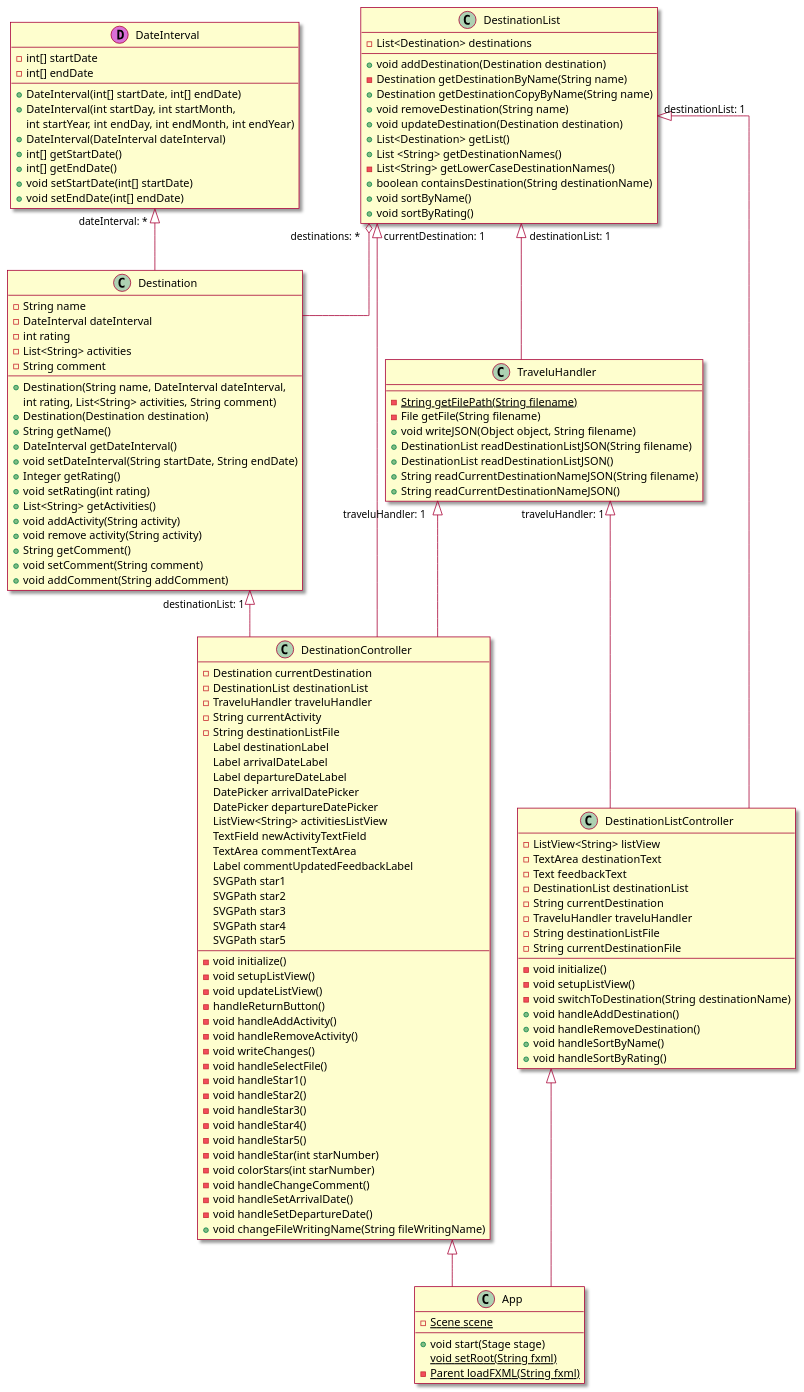
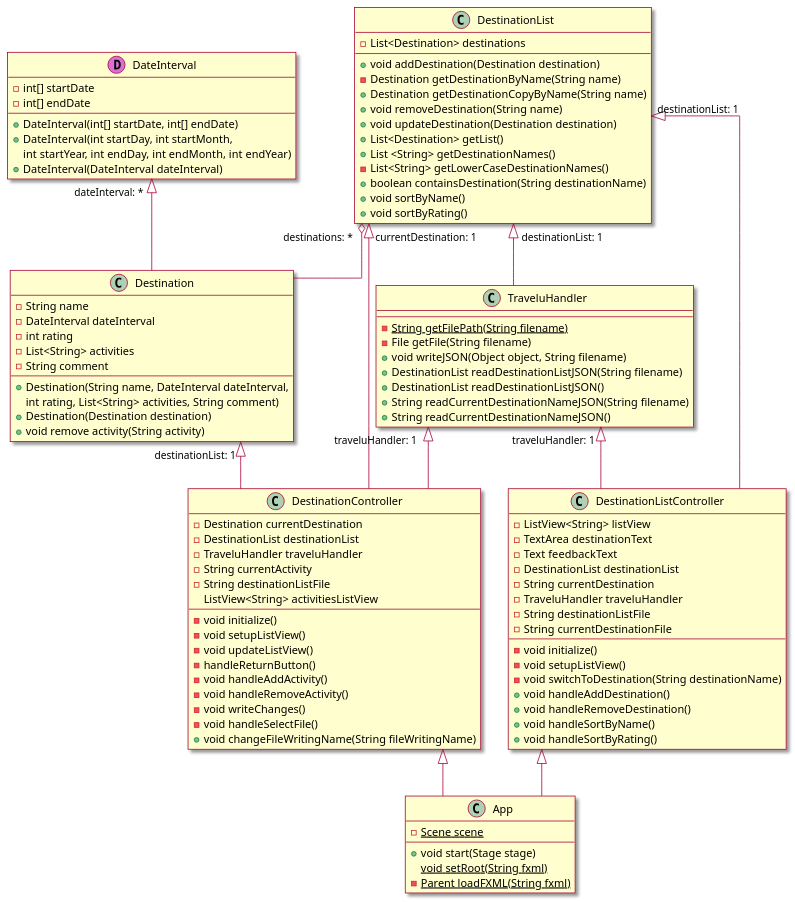
The diagram in docs/classDiagram.plantuml (tbwiik/Travelu), drawn with PlantUML before and after one commit.

Commit message:
docs: keep the most important parts

```diff
--- a/docs/classDiagram.plantuml
+++ b/docs/classDiagram.plantuml
@@ -1,144 +1,107 @@
 @startuml classDiagram
 
 skin rose
 
 class Destination {
     - String name
     - DateInterval dateInterval
     - int rating
     - List<String> activities 
     - String comment
     + Destination(String name, DateInterval dateInterval, 
     int rating, List<String> activities, String comment)
     + Destination(Destination destination)
-    + String getName()
-    + DateInterval getDateInterval()
-    + void setDateInterval(String startDate, String endDate)
-    + Integer getRating()
-    + void setRating(int rating)
-    + List<String> getActivities()
-    + void addActivity(String activity)
     + void remove activity(String activity)
-    + String getComment()
-    + void setComment(String comment)
-    + void addComment(String addComment)
 }
 
 class DestinationList {
     -List<Destination> destinations
     + void addDestination(Destination destination)
     - Destination getDestinationByName(String name)
     + Destination getDestinationCopyByName(String name)
     + void removeDestination(String name)
     + void updateDestination(Destination destination)
     + List<Destination> getList()
     + List <String> getDestinationNames()
     - List<String> getLowerCaseDestinationNames()
     + boolean containsDestination(String destinationName)
     + void sortByName()
     + void sortByRating()
 }
 
 class DateInterval << (D,orchid) >> {
     - int[] startDate
     - int[] endDate
     + DateInterval(int[] startDate, int[] endDate)
     + DateInterval(int startDay, int startMonth, 
     int startYear, int endDay, int endMonth, int endYear)
     + DateInterval(DateInterval dateInterval)
-    + int[] getStartDate()
-    + int[] getEndDate()
-    + void setStartDate(int[] startDate)
-    + void setEndDate(int[] endDate)
 }
 
 class DestinationController {
     - Destination currentDestination
     - DestinationList destinationList
     - TraveluHandler traveluHandler
     - String currentActivity
     - String destinationListFile
-    Label destinationLabel
-    Label arrivalDateLabel
-    Label departureDateLabel
-    DatePicker arrivalDatePicker
-    DatePicker departureDatePicker
     ListView<String> activitiesListView
-    TextField newActivityTextField
-    TextArea commentTextArea
-    Label commentUpdatedFeedbackLabel
-    SVGPath star1 
-    SVGPath star2 
-    SVGPath star3 
-    SVGPath star4 
-    SVGPath star5 
     - void initialize()
     - void setupListView()
     - void updateListView()
     - handleReturnButton()
     - void handleAddActivity()
     - void handleRemoveActivity()
     - void writeChanges()
     - void handleSelectFile()
-    - void handleStar1()
-    - void handleStar2()
-    - void handleStar3()
-    - void handleStar4()
-    - void handleStar5()
-    - void handleStar(int starNumber)
-    - void colorStars(int starNumber)
-    - void handleChangeComment()
-    - void handleSetArrivalDate()
-    - void handleSetDepartureDate()
     + void changeFileWritingName(String fileWritingName)
 } 
 
 class DestinationListController {
     - ListView<String> listView
     - TextArea destinationText
     - Text feedbackText
     - DestinationList destinationList
     - String currentDestination
     - TraveluHandler traveluHandler
     - String destinationListFile
     - String currentDestinationFile
     - void initialize()
     - void setupListView()
     - void switchToDestination(String destinationName)
     + void handleAddDestination()
     + void handleRemoveDestination()
     + void handleSortByName()
     + void handleSortByRating()
 }
 
 class App {
     - {static} Scene scene
     + void start(Stage stage)
     {static} void setRoot(String fxml)
     - {static} Parent loadFXML(String fxml)
 }
 
 class TraveluHandler {
     - {static} String getFilePath(String filename)
     - File getFile(String filename)
     + void writeJSON(Object object, String filename)
     + DestinationList readDestinationListJSON(String filename)
     + DestinationList readDestinationListJSON()
     + String readCurrentDestinationNameJSON(String filename)
     + String readCurrentDestinationNameJSON()
 }
 
 DateInterval "dateInterval: *  " <|-- Destination
 DestinationList "destinations: *" o-- Destination
 Destination "destinationList: 1   " <|-- DestinationController
 DestinationList "    currentDestination: 1" <|-- DestinationController
 TraveluHandler "traveluHandler: 1" <|-- DestinationController
 DestinationList "destinationList: 1" <|-- DestinationListController
 TraveluHandler "traveluHandler: 1   " <|-- DestinationListController
 DestinationList "  destinationList: 1" <|-- TraveluHandler
 DestinationController <|-- App 
 DestinationListController <|-- App 
 
 skinparam linetype ortho
 
 @enduml
```
